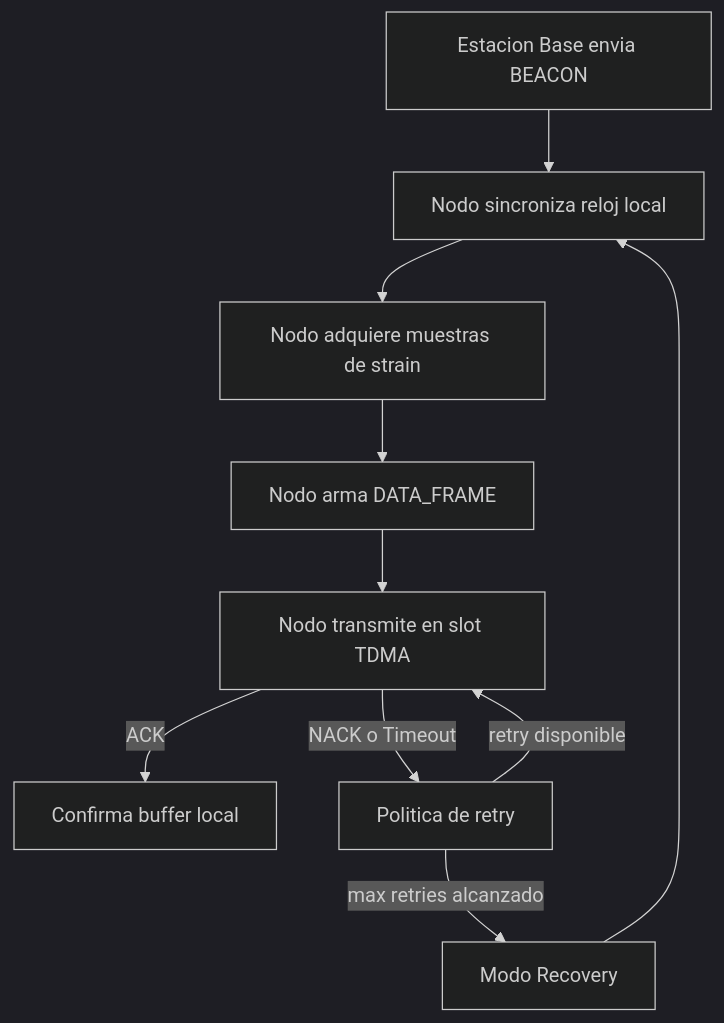
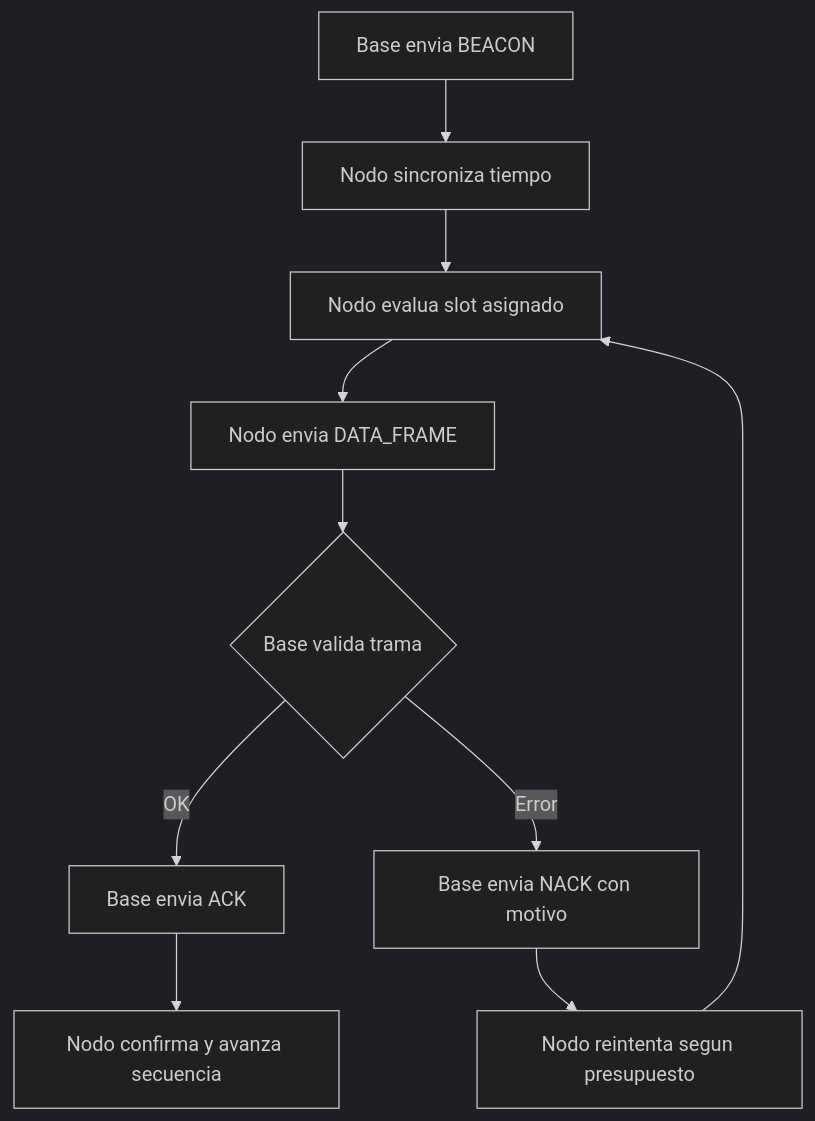
The diagram in docs/architecture/system-architecture-v1.md (Alan-B525/ADQ-protocolo), drawn with Mermaid (dark theme) before and after one commit. The commit also changed other lines of this file and 50 other files, not shown here.

````diff
--- a/docs/architecture/system-architecture-v1.md
+++ b/docs/architecture/system-architecture-v1.md
@@ -63,12 +29,12 @@
 ```mermaid
 flowchart TD
-  A[Estacion Base envia BEACON] --> B[Nodo sincroniza reloj local]
-  B --> C[Nodo adquiere muestras de strain]
-  C --> D[Nodo arma DATA_FRAME]
-  D --> E[Nodo transmite en slot TDMA]
-  E -->|ACK| F[Confirma buffer local]
-  E -->|NACK o Timeout| G[Politica de retry]
-  G -->|retry disponible| E
-  G -->|max retries alcanzado| H[Modo Recovery]
-  H --> B
+  A[Base envia BEACON] --> B[Nodo sincroniza tiempo]
+  B --> C[Nodo evalua slot asignado]
+  C --> D[Nodo envia DATA_FRAME]
+  D --> E{Base valida trama}
+  E -->|OK| F[Base envia ACK]
+  E -->|Error| G[Base envia NACK con motivo]
+  F --> H[Nodo confirma y avanza secuencia]
+  G --> I[Nodo reintenta segun presupuesto]
+  I --> C
 ```
````
